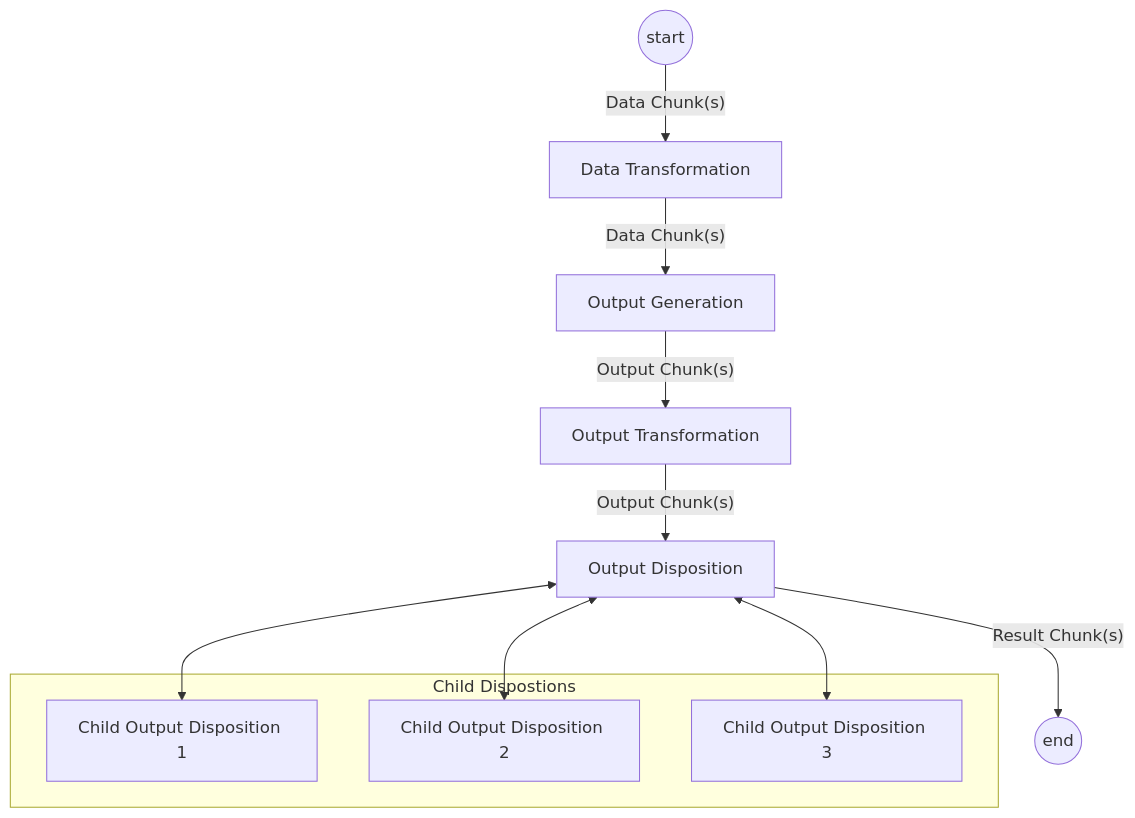
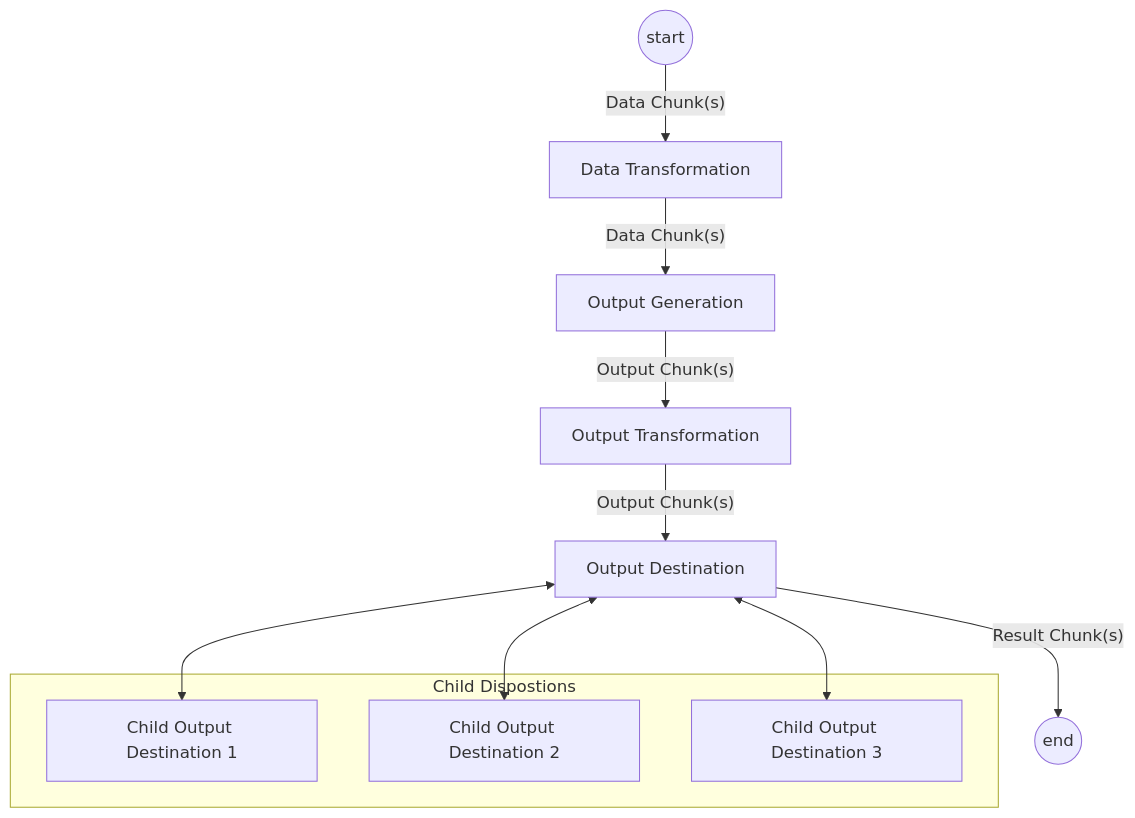
The fourth of 4 diagrams in README.md (4PointSolutions/FormsPipeline), drawn with Mermaid before and after one commit. The commit also changed other lines of this file, not shown here.

````diff
--- a/README.md
+++ b/README.md
@@ -108,16 +108,16 @@
 ```mermaid
 graph TD
     subgraph Child Dispostions
-        B1[Child Output Disposition 1]
-        B2[Child Output Disposition 2]
-        B3[Child Output Disposition 3]
+        B1[Child Output Destination 1]
+        B2[Child Output Destination 2]
+        B3[Child Output Destination 3]
     end
     A((start))-->|"Data Chunk(s)"| B[Data Transformation]
     B -->|"Data Chunk(s)"| C[Output Generation]
     C -->|"Output Chunk(s)"| D[Output Transformation]
-    D -->|"Output Chunk(s)"| E[Output Disposition]
+    D -->|"Output Chunk(s)"| E[Output Destination]
     E <--> B1
     E <--> B2
     E <--> B3
     E -->|"Result Chunk(s)"| F((end))
 ```
````
